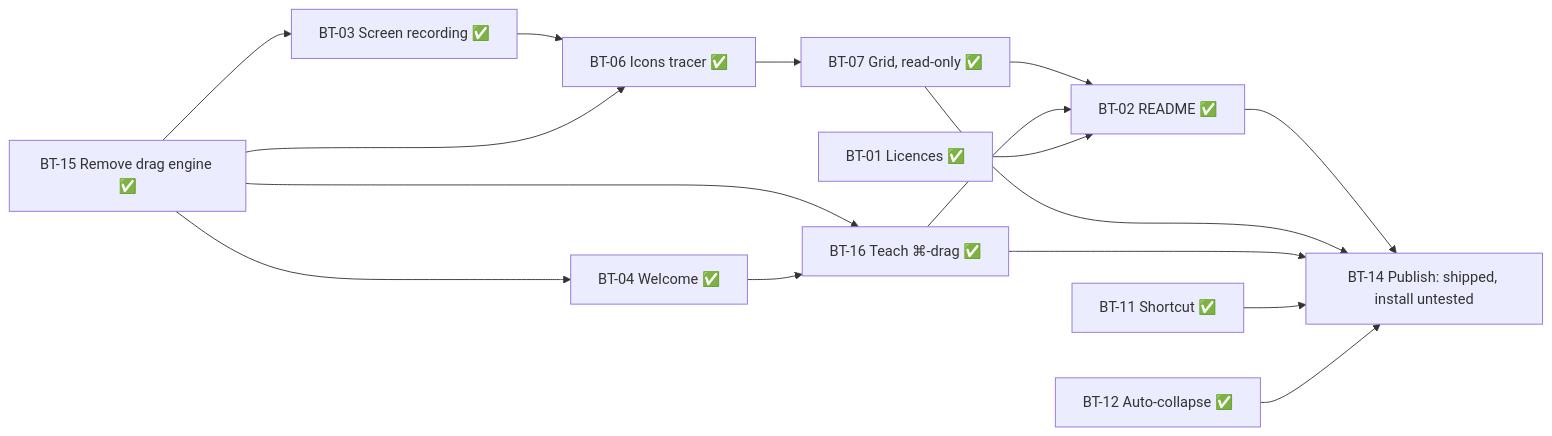
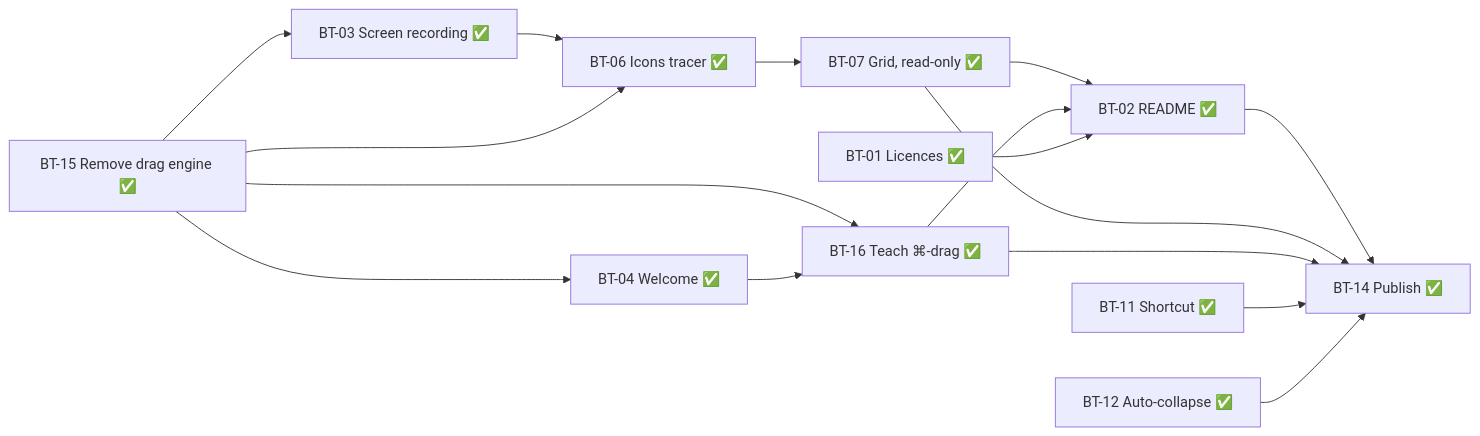
The diagram in docs/BOARD.md (Kodak2383/BarT), drawn with Mermaid before and after one commit. The commit also changed other lines of this file and 1 other file, not shown here.

First line of the commit message:
BT-14 done: the install was walked in a fresh account

````diff
--- a/docs/BOARD.md
+++ b/docs/BOARD.md
@@ -49,19 +48,19 @@
 ```mermaid
 graph LR
   BT15[BT-15 Remove drag engine ✅] --> BT03[BT-03 Screen recording ✅]
   BT15 --> BT04[BT-04 Welcome ✅]
   BT15 --> BT16[BT-16 Teach ⌘-drag ✅]
   BT04 --> BT16
   BT03 --> BT06[BT-06 Icons tracer ✅]
   BT15 --> BT06
   BT06 --> BT07[BT-07 Grid, read-only ✅]
   BT07 --> BT02[BT-02 README ✅]
   BT16 --> BT02[BT-02 README ✅]
   BT11[BT-11 Shortcut ✅]
   BT01[BT-01 Licences ✅] --> BT02[BT-02 README ✅]
-  BT02 --> BT14[BT-14 Publish: shipped, install untested]
+  BT02 --> BT14[BT-14 Publish ✅]
   BT07 --> BT14
   BT16 --> BT14
   BT11 --> BT14
   BT12[BT-12 Auto-collapse ✅] --> BT14
 ```
````
